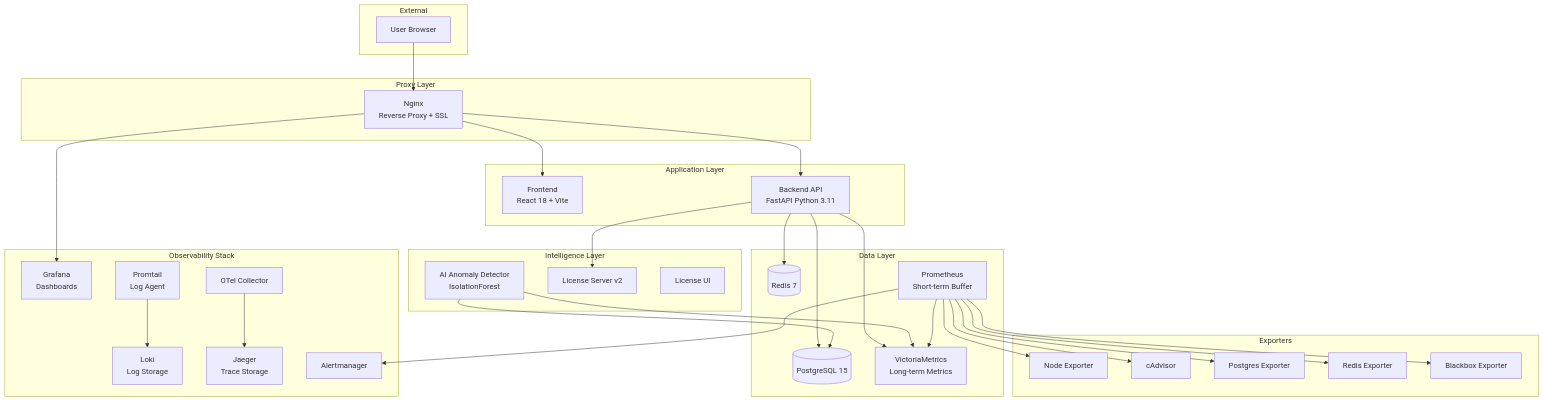
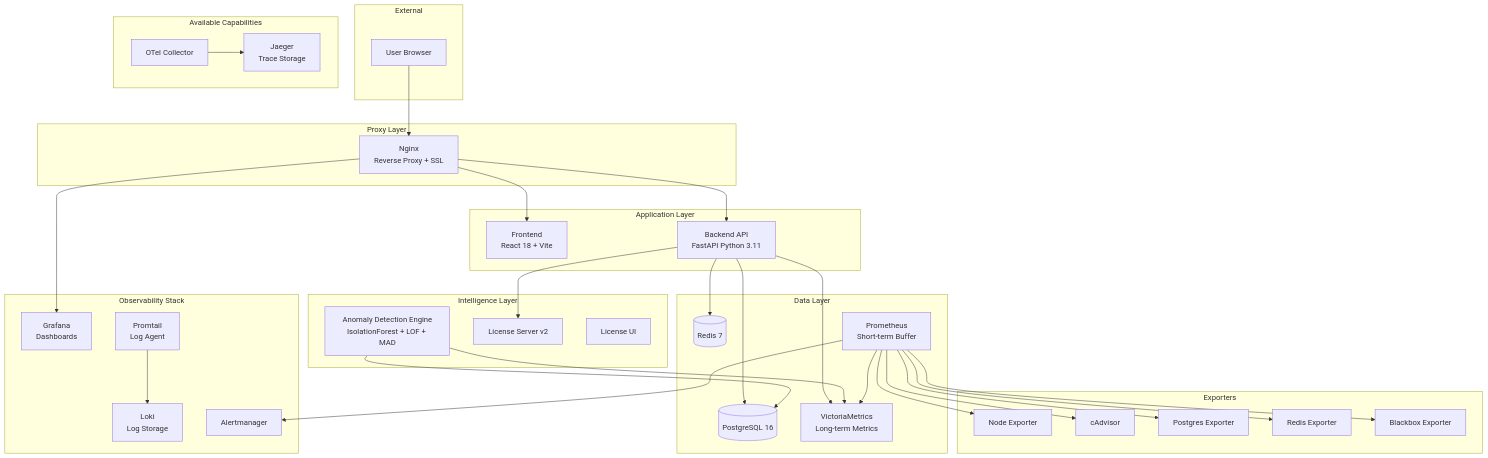
The first of 4 diagrams in ARCHITECTURE.md (Rafael2712/rhinometric-overview), drawn with Mermaid before and after one commit. The commit also changed other lines of this file and 9 other files, not shown here.

````diff
--- a/ARCHITECTURE.md
+++ b/ARCHITECTURE.md
@@ -14,69 +14,72 @@
 ```mermaid
 graph TB
     subgraph External
         User[User Browser]
     end
-    
+
     subgraph Proxy Layer
         Nginx[Nginx<br/>Reverse Proxy + SSL]
     end
-    
+
     subgraph Application Layer
         Frontend[Frontend<br/>React 18 + Vite]
         Backend[Backend API<br/>FastAPI Python 3.11]
     end
-    
+
     subgraph Intelligence Layer
-        AI[AI Anomaly Detector<br/>IsolationForest]
+        AI[Anomaly Detection Engine<br/>IsolationForest + LOF + MAD]
         License[License Server v2]
         LicenseUI[License UI]
     end
-    
+
     subgraph Data Layer
-        PG[(PostgreSQL 15)]
+        PG[(PostgreSQL 16)]
         Redis[(Redis 7)]
         VM[VictoriaMetrics<br/>Long-term Metrics]
         Prom[Prometheus<br/>Short-term Buffer]
     end
-    
+
     subgraph Observability Stack
         Grafana[Grafana<br/>Dashboards]
         Loki[Loki<br/>Log Storage]
-        Jaeger[Jaeger<br/>Trace Storage]
         AM[Alertmanager]
-        OTel[OTel Collector]
         Promtail[Promtail<br/>Log Agent]
     end
-    
+
+    subgraph Available Capabilities
+        Jaeger[Jaeger<br/>Trace Storage]
+        OTel[OTel Collector]
+    end
+
     subgraph Exporters
         NodeExp[Node Exporter]
         cAdvisor[cAdvisor]
         PGExp[Postgres Exporter]
         RedisExp[Redis Exporter]
         BBExp[Blackbox Exporter]
     end
-    
+
     User --> Nginx
     Nginx --> Frontend
     Nginx --> Backend
     Nginx --> Grafana
-    
+
     Backend --> PG
     Backend --> Redis
     Backend --> VM
     Backend --> License
-    
+
     AI --> VM
     AI --> PG
-    
+
     Prom --> VM
     Prom --> AM
     Promtail --> Loki
     OTel --> Jaeger
-    
+
     Prom --> NodeExp
     Prom --> cAdvisor
     Prom --> PGExp
     Prom --> RedisExp
     Prom --> BBExp
 ```
````
